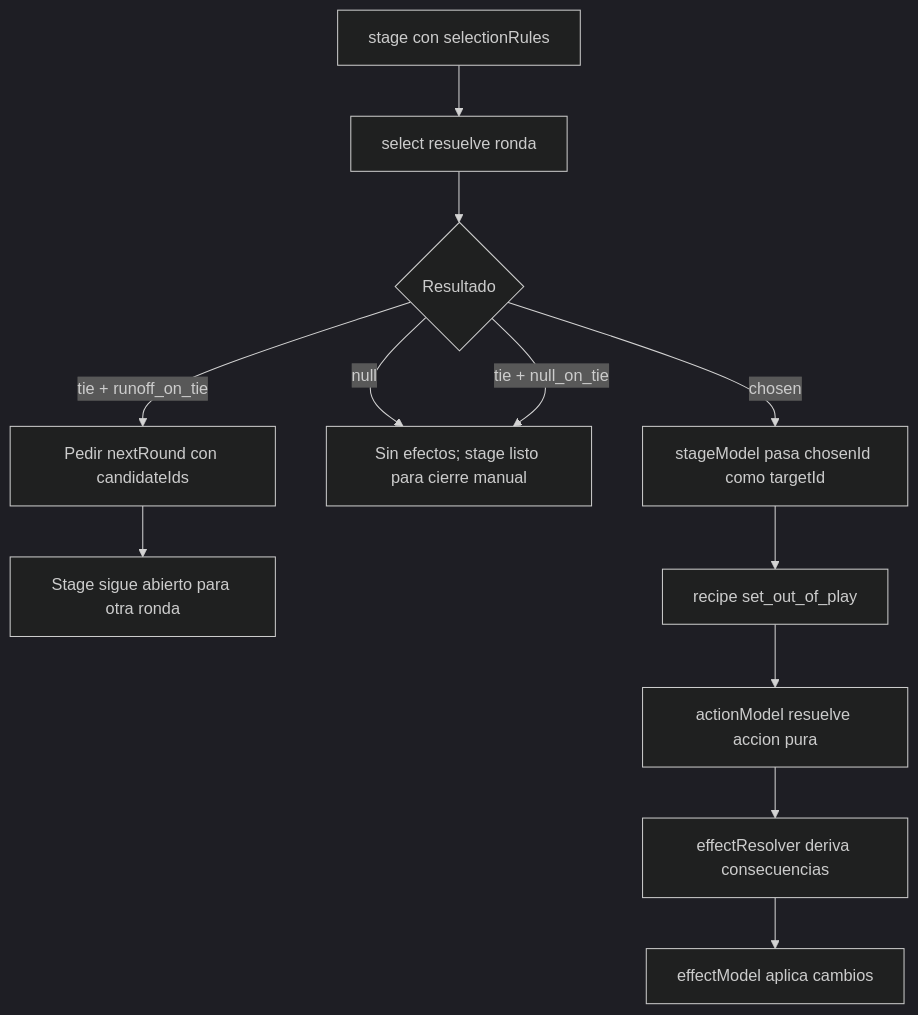
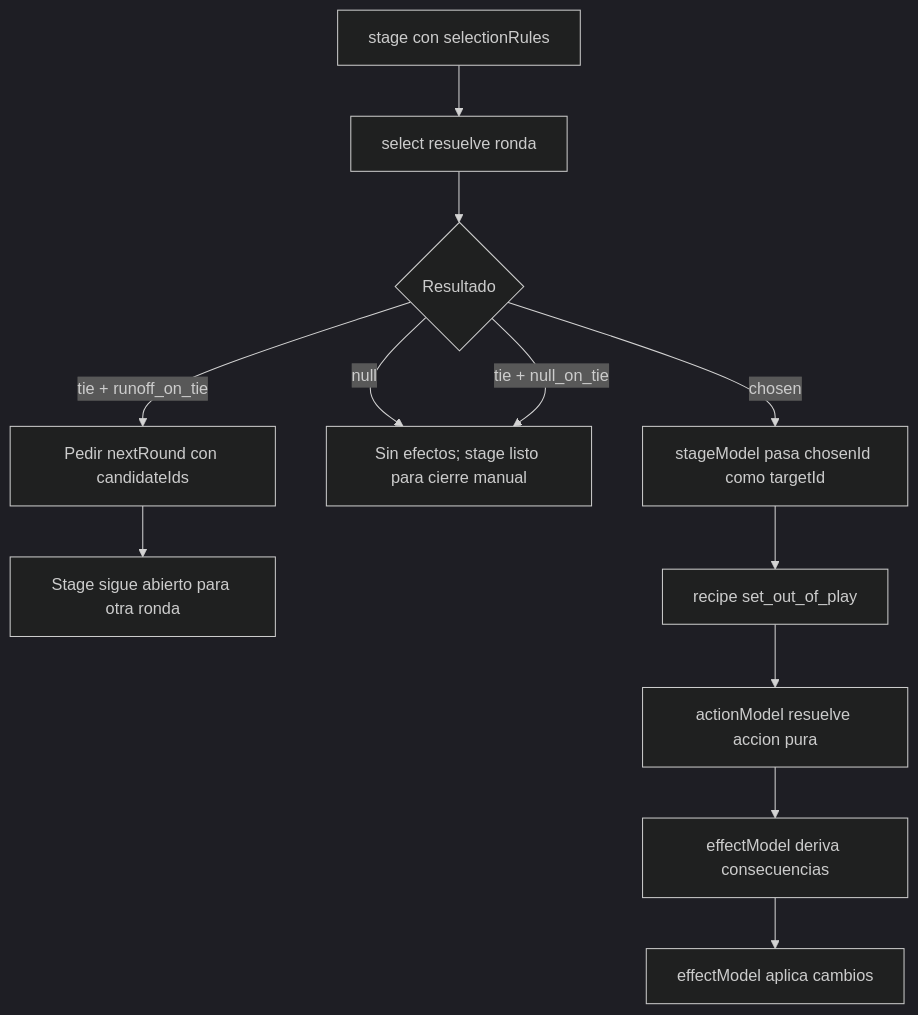
Diagram 14 of 14 in docs/engine_flow_map.md (juanramonmorandeira/castronegro-director), drawn with Mermaid (dark theme) before and after one commit. The commit also changed other lines of this file and 9 other files, not shown here.

Commit message:
Consolidate effect resolution in effect model

````diff
--- a/docs/engine_flow_map.md
+++ b/docs/engine_flow_map.md
@@ -799,14 +799,14 @@
 ```mermaid
 flowchart TD
   A[stage con selectionRules] --> B[select resuelve ronda]
   B --> C{Resultado}
   C -->|chosen| E[stageModel pasa chosenId como targetId]
   C -->|null| D[Sin efectos; stage listo para cierre manual]
   C -->|tie + null_on_tie| D
   C -->|tie + runoff_on_tie| R[Pedir nextRound con candidateIds]
   R --> S[Stage sigue abierto para otra ronda]
   E --> F[recipe set_out_of_play]
   F --> G[actionModel resuelve accion pura]
-  G --> H[effectResolver deriva consecuencias]
+  G --> H[effectModel deriva consecuencias]
   H --> I[effectModel aplica cambios]
 ```
````
